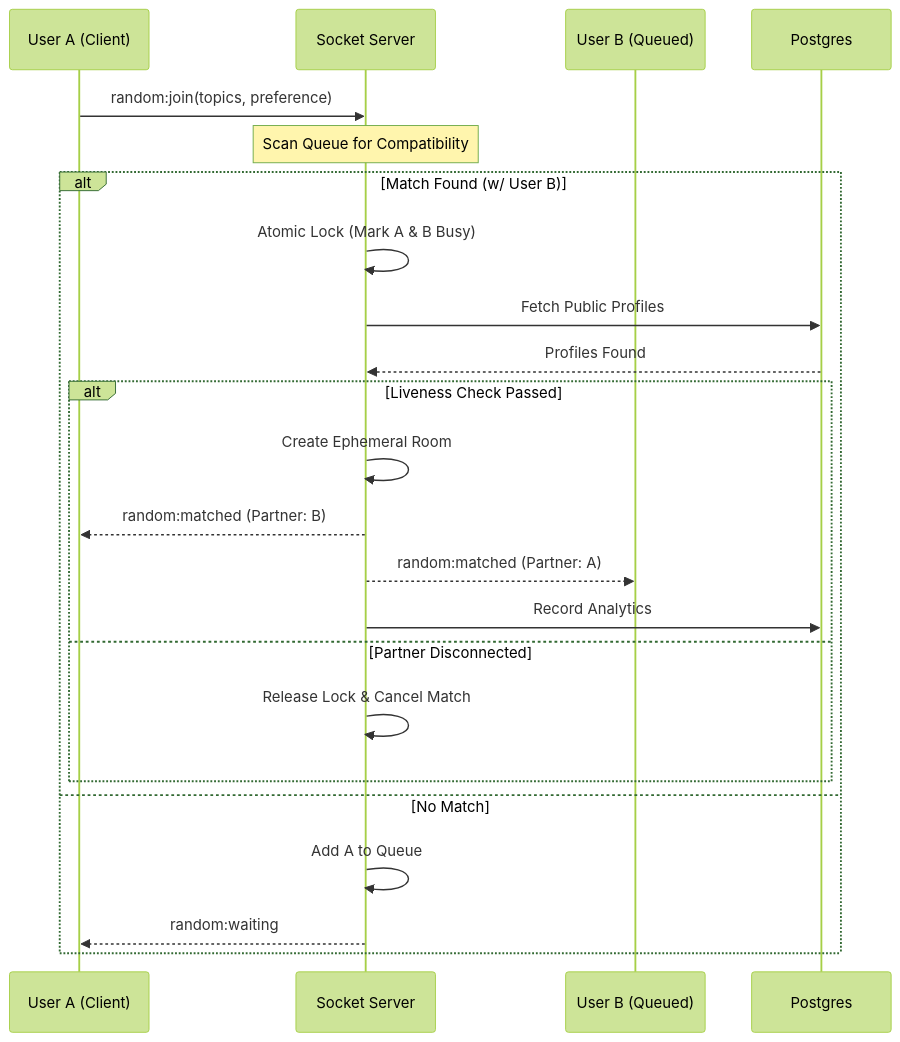
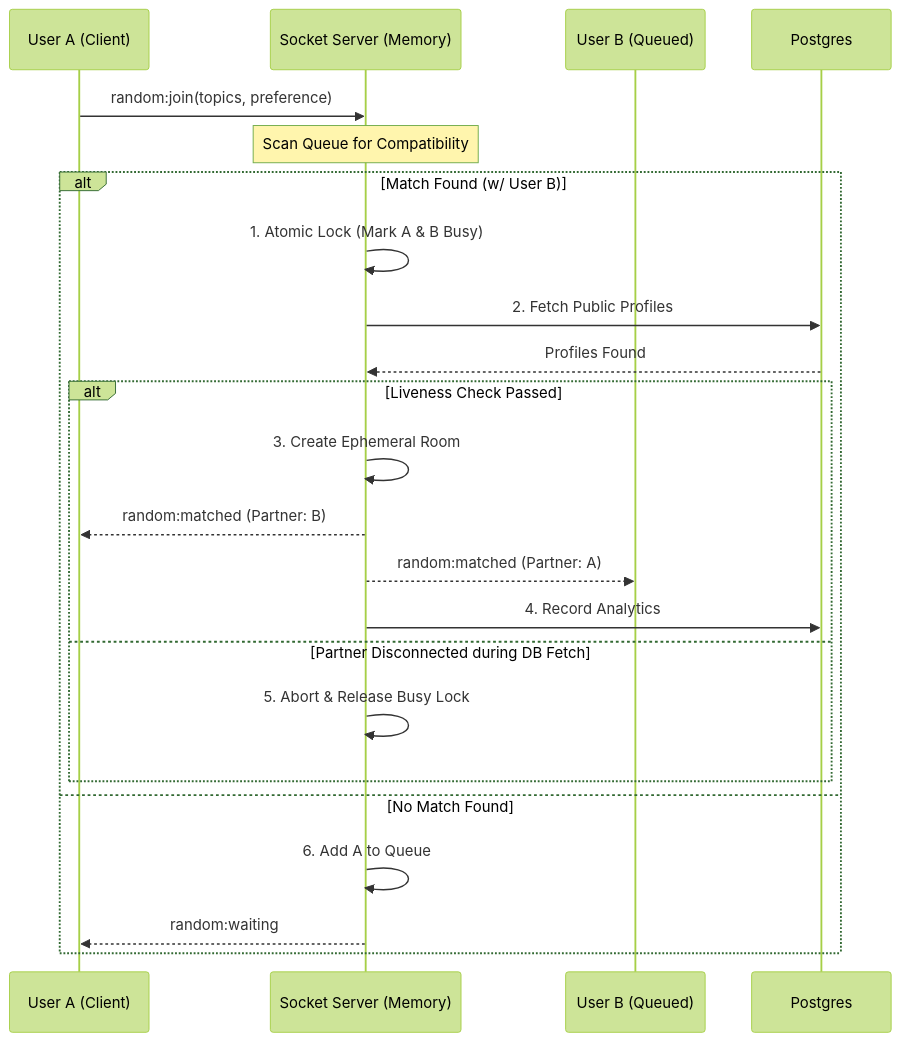
The third of 7 diagrams in README.md (YaduEnc/MuhDikhai), drawn with Mermaid (forest theme) before and after one commit. The commit also changed other lines of this file, not shown here.

Commit message:
Enhance README with comprehensive technical diagrams and system flow documentation

````diff
--- a/README.md
+++ b/README.md
@@ -44,28 +74,28 @@
 ```mermaid
 sequenceDiagram
     participant A as User A (Client)
-    participant S as Socket Server
+    participant S as Socket Server (Memory)
     participant B as User B (Queued)
     participant DB as Postgres
 
     A->>S: random:join(topics, preference)
     Note over S: Scan Queue for Compatibility
     
     alt Match Found (w/ User B)
-        S->>S: Atomic Lock (Mark A & B Busy)
-        S->>DB: Fetch Public Profiles
+        S->>S: 1. Atomic Lock (Mark A & B Busy)
+        S->>DB: 2. Fetch Public Profiles
         DB-->>S: Profiles Found
         
         alt Liveness Check Passed
-            S->>S: Create Ephemeral Room
+            S->>S: 3. Create Ephemeral Room
             S-->>A: random:matched (Partner: B)
             S-->>B: random:matched (Partner: A)
-            S->>DB: Record Analytics
-        else Partner Disconnected
-            S->>S: Release Lock & Cancel Match
+            S->>DB: 4. Record Analytics
+        else Partner Disconnected during DB Fetch
+            S->>S: 5. Abort & Release Busy Lock
         end
-    else No Match
-        S->>S: Add A to Queue
+    else No Match Found
+        S->>S: 6. Add A to Queue
         S-->>A: random:waiting
     end
 ```
````
